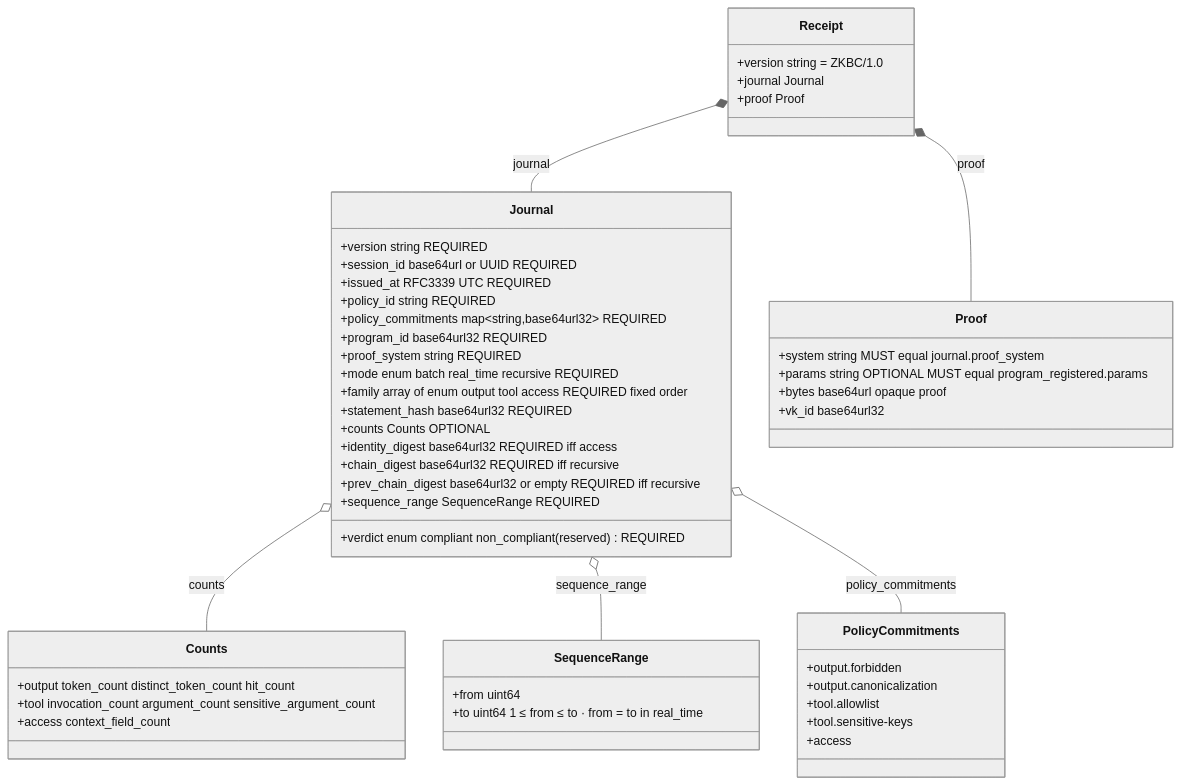
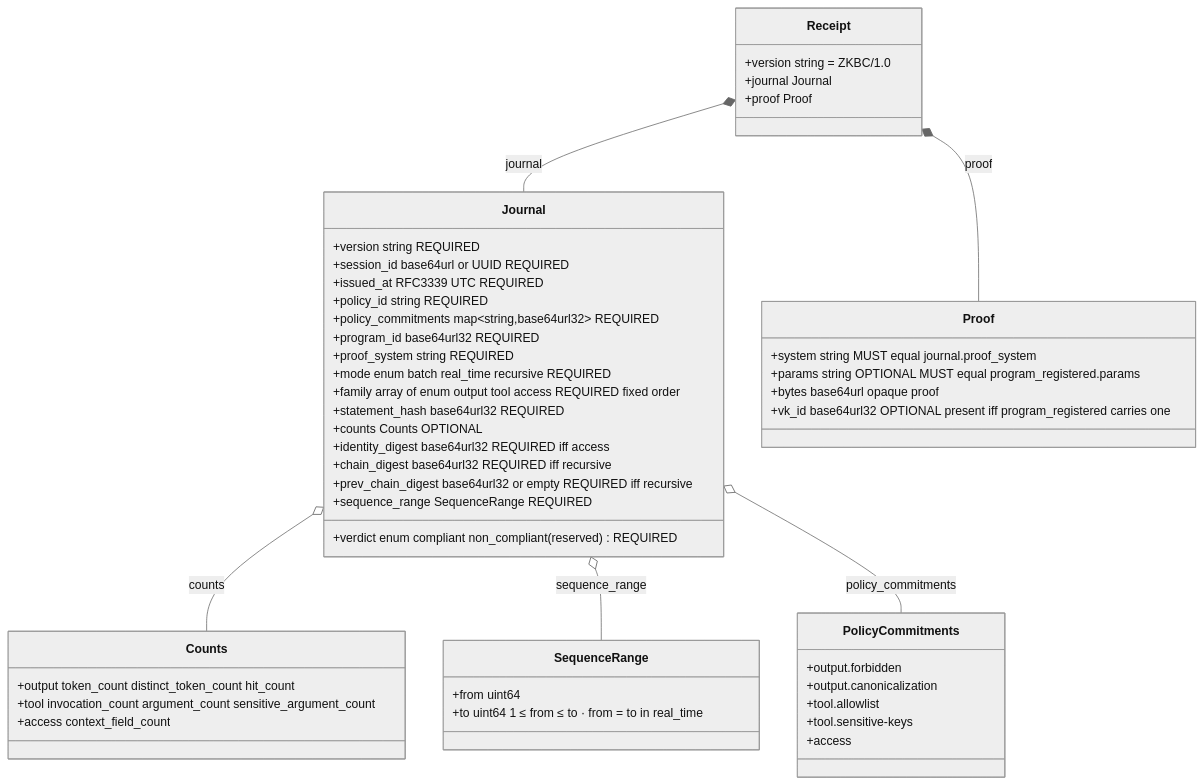
Before and after one commit to hashgraph-online/cryptographic-agent-execution-wg: diagram 20 of 23 in drafts/ZKBC-Architecture-Diagrams.md, drawn with Mermaid (neutral theme). The commit also changed other lines of this file and 3 other files, not shown here.

````diff
--- a/drafts/ZKBC-Architecture-Diagrams.md
+++ b/drafts/ZKBC-Architecture-Diagrams.md
@@ -922,53 +925,53 @@
 ```mermaid
 classDiagram
   class Receipt {
     +version string = ZKBC/1.0
     +journal Journal
     +proof Proof
   }
   class Journal {
     +version string REQUIRED
     +session_id base64url or UUID REQUIRED
     +issued_at RFC3339 UTC REQUIRED
     +policy_id string REQUIRED
     +policy_commitments map~string,base64url32~ REQUIRED
     +program_id base64url32 REQUIRED
     +proof_system string REQUIRED
     +mode enum batch real_time recursive REQUIRED
     +family array of enum output tool access REQUIRED fixed order
     +verdict enum compliant non_compliant(reserved) REQUIRED
     +statement_hash base64url32 REQUIRED
     +counts Counts OPTIONAL
     +identity_digest base64url32 REQUIRED iff access
     +chain_digest base64url32 REQUIRED iff recursive
     +prev_chain_digest base64url32 or empty REQUIRED iff recursive
     +sequence_range SequenceRange REQUIRED
   }
   class SequenceRange {
     +from uint64
     +to uint64 1 ≤ from ≤ to · from = to in real_time
   }
   class Proof {
     +system string MUST equal journal.proof_system
     +params string OPTIONAL MUST equal program_registered.params
     +bytes base64url opaque proof
-    +vk_id base64url32
+    +vk_id base64url32 OPTIONAL present iff program_registered carries one
   }
   class Counts {
     +output token_count distinct_token_count hit_count
     +tool invocation_count argument_count sensitive_argument_count
     +access context_field_count
   }
   class PolicyCommitments {
     +output.forbidden
     +output.canonicalization
     +tool.allowlist
     +tool.sensitive-keys
     +access
   }
   Receipt *-- Journal : journal
   Receipt *-- Proof : proof
   Journal o-- Counts : counts
   Journal o-- SequenceRange : sequence_range
   Journal o-- PolicyCommitments : policy_commitments
 ```
````
